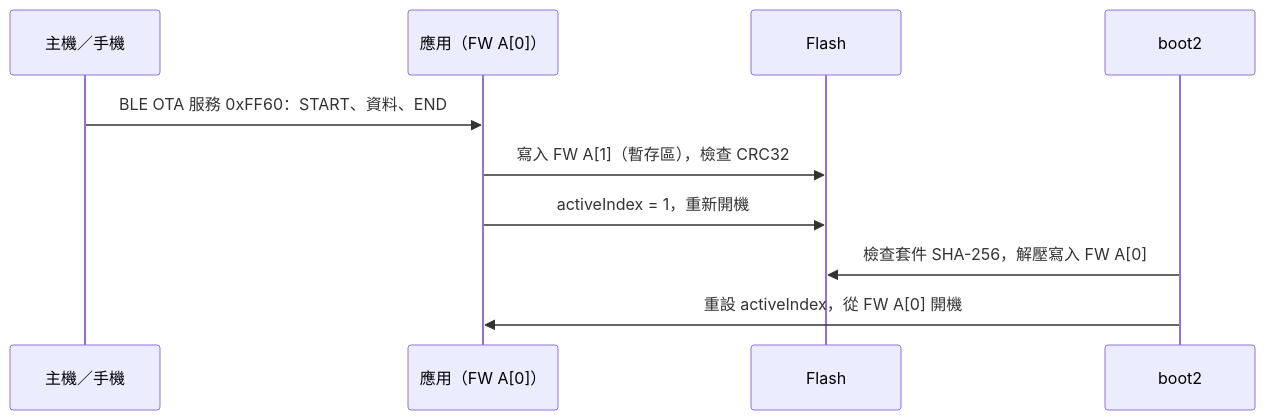
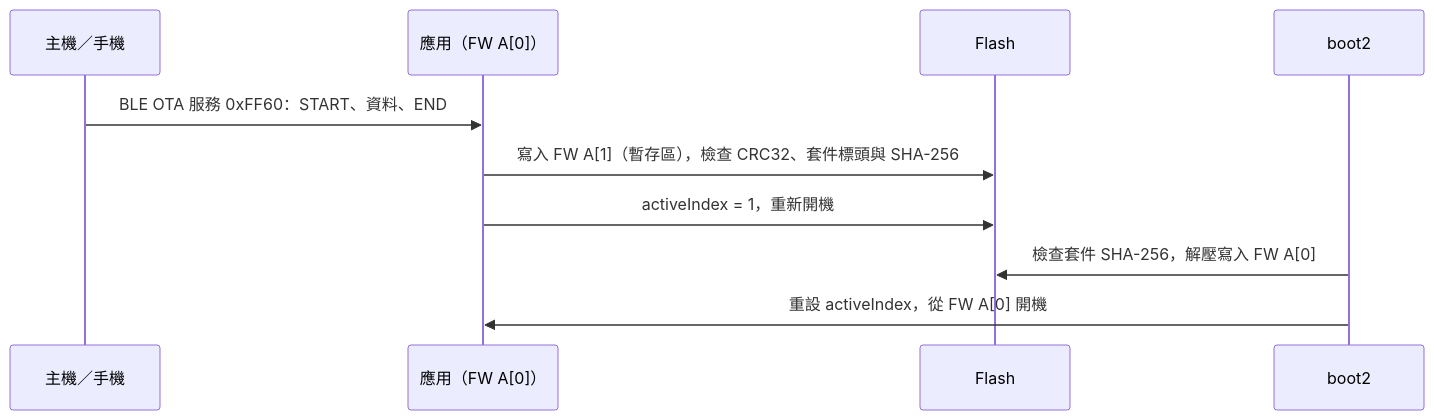
Before and after one commit to INTELPRO-INC/ipro-sdk-docs: the diagram in docs/zh/guides/ota.md, drawn with Mermaid. The commit also changed other lines of this file and 173 other files, not shown here.

````diff
--- a/docs/zh/guides/ota.md
+++ b/docs/zh/guides/ota.md
@@ -21,12 +22,12 @@
 ```mermaid
 sequenceDiagram
   participant H as 主機／手機
   participant A as 應用（FW A[0]）
   participant F as Flash
   participant B as boot2
   H->>A: BLE OTA 服務 0xFF60：START、資料、END
-  A->>F: 寫入 FW A[1]（暫存區），檢查 CRC32
+  A->>F: 寫入 FW A[1]（暫存區），檢查 CRC32、套件標頭與 SHA-256
   A->>F: activeIndex = 1，重新開機
   B->>F: 檢查套件 SHA-256，解壓寫入 FW A[0]
   B->>A: 重設 activeIndex，從 FW A[0] 開機
 ```
````
